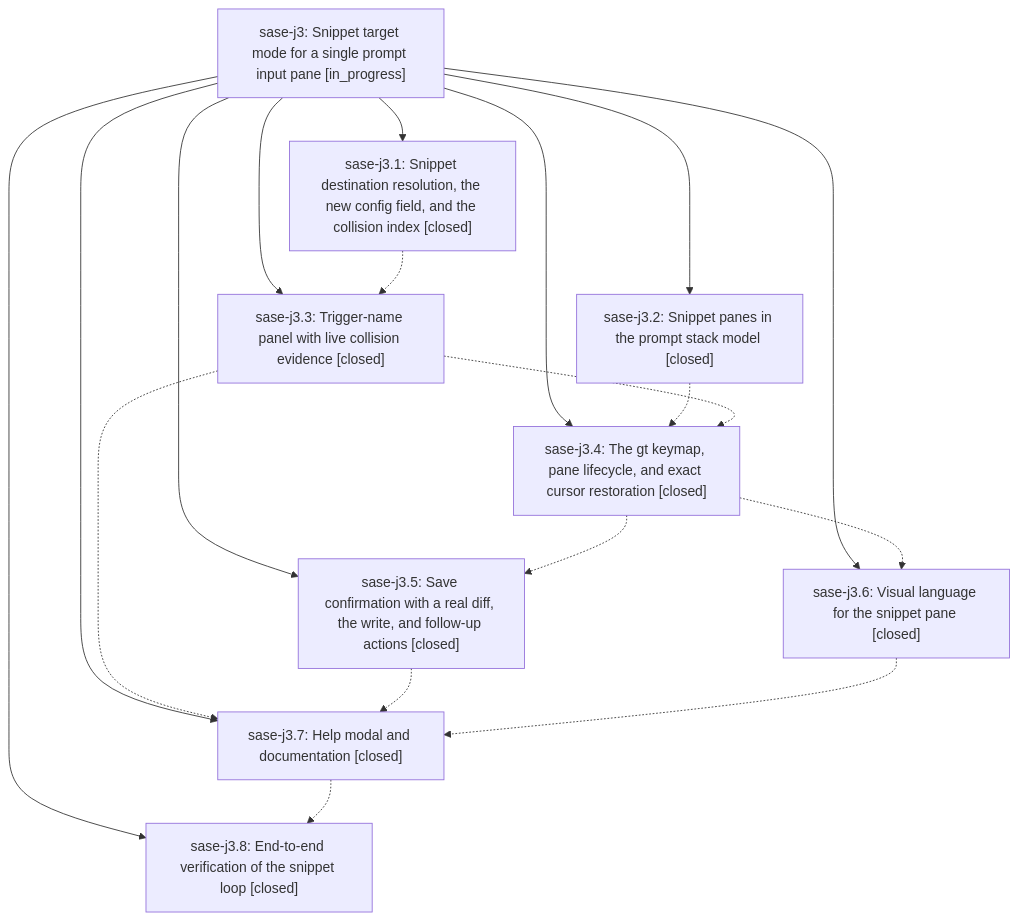
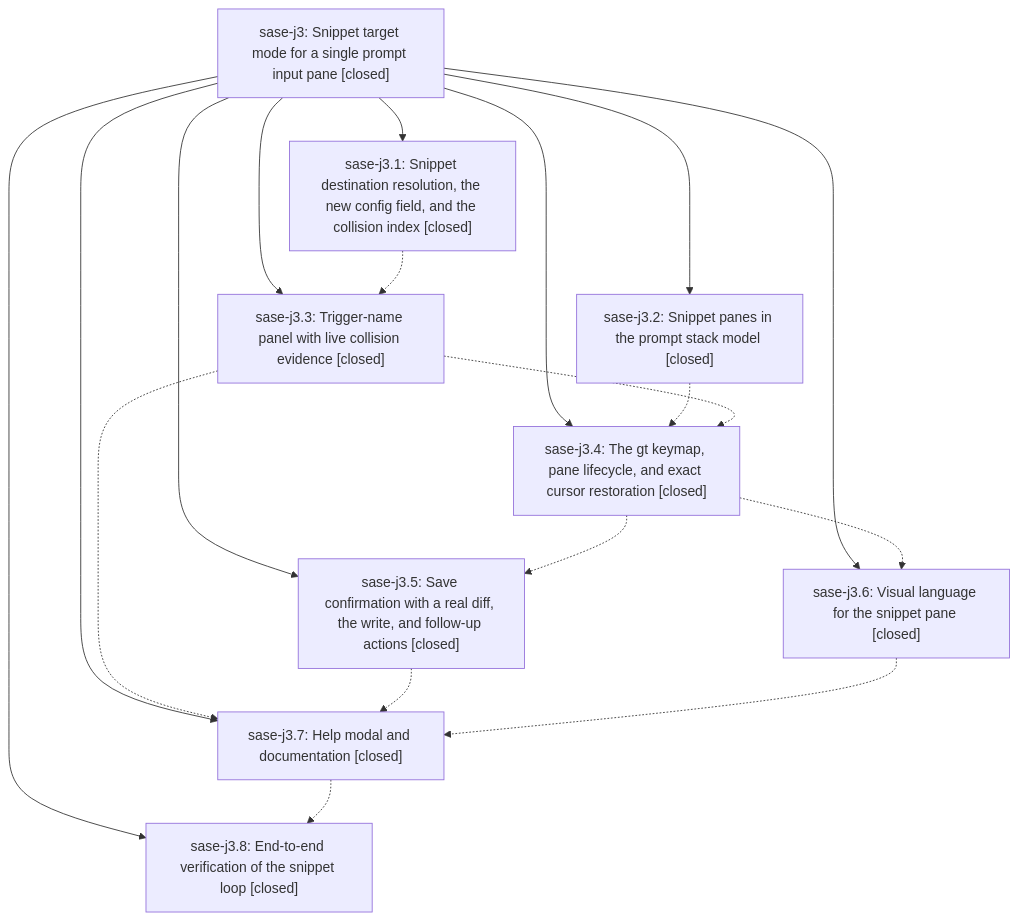
Before and after one commit to sase-org/sase--beads: the diagram in pages/sase-j3/README.md, drawn with Mermaid. The commit also changed other lines of this file, not shown here.

First line of the commit message:
chore(beads): sync bead state and pages for sase-j3

````diff
--- a/pages/sase-j3/README.md
+++ b/pages/sase-j3/README.md
@@ -29,29 +49,29 @@
 ```mermaid
 flowchart TD
-    n0["sase-j3: Snippet target mode for a single prompt input pane [in_progress]"]
+    n0["sase-j3: Snippet target mode for a single prompt input pane [closed]"]
     n1["sase-j3.1: Snippet destination resolution, the new config field, and the collision index [closed]"]
     n2["sase-j3.2: Snippet panes in the prompt stack model [closed]"]
     n3["sase-j3.3: Trigger-name panel with live collision evidence [closed]"]
     n4["sase-j3.4: The gt keymap, pane lifecycle, and exact cursor restoration [closed]"]
     n5["sase-j3.5: Save confirmation with a real diff, the write, and follow-up actions [closed]"]
     n6["sase-j3.6: Visual language for the snippet pane [closed]"]
     n7["sase-j3.7: Help modal and documentation [closed]"]
     n8["sase-j3.8: End-to-end verification of the snippet loop [closed]"]
     n0 --> n1
     n0 --> n2
     n0 --> n3
     n0 --> n4
     n0 --> n5
     n0 --> n6
     n0 --> n7
     n0 --> n8
     n1 -.-> n3
     n2 -.-> n4
     n3 -.-> n4
     n3 -.-> n7
     n4 -.-> n5
     n4 -.-> n6
     n5 -.-> n7
     n6 -.-> n7
     n7 -.-> n8
 ```
````
